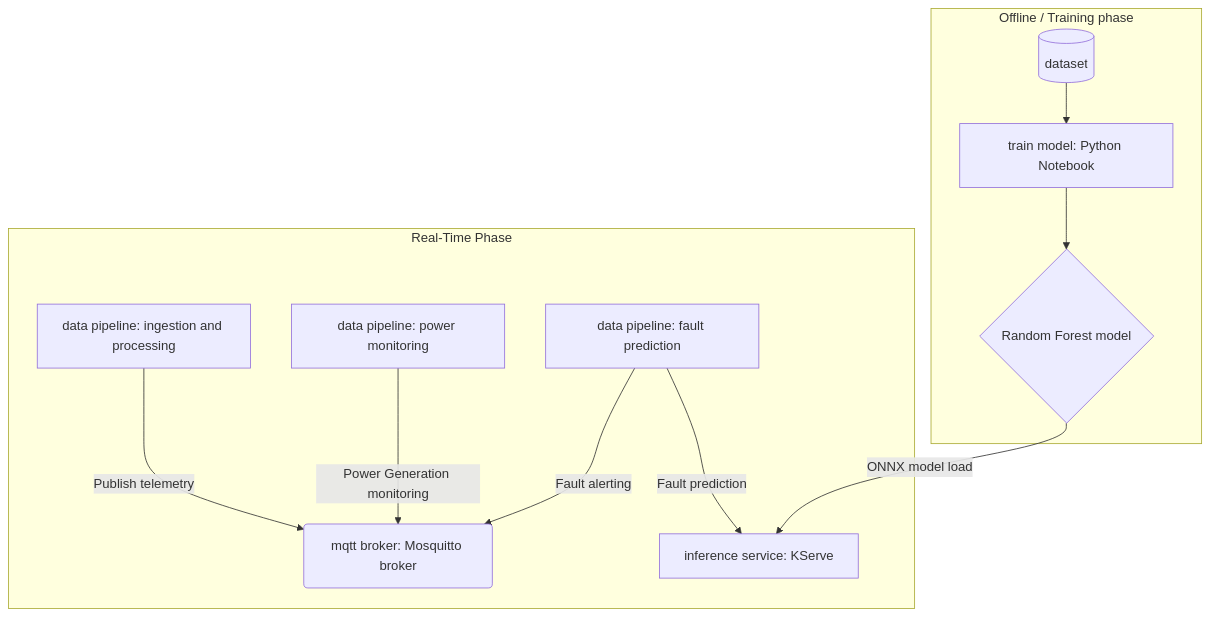
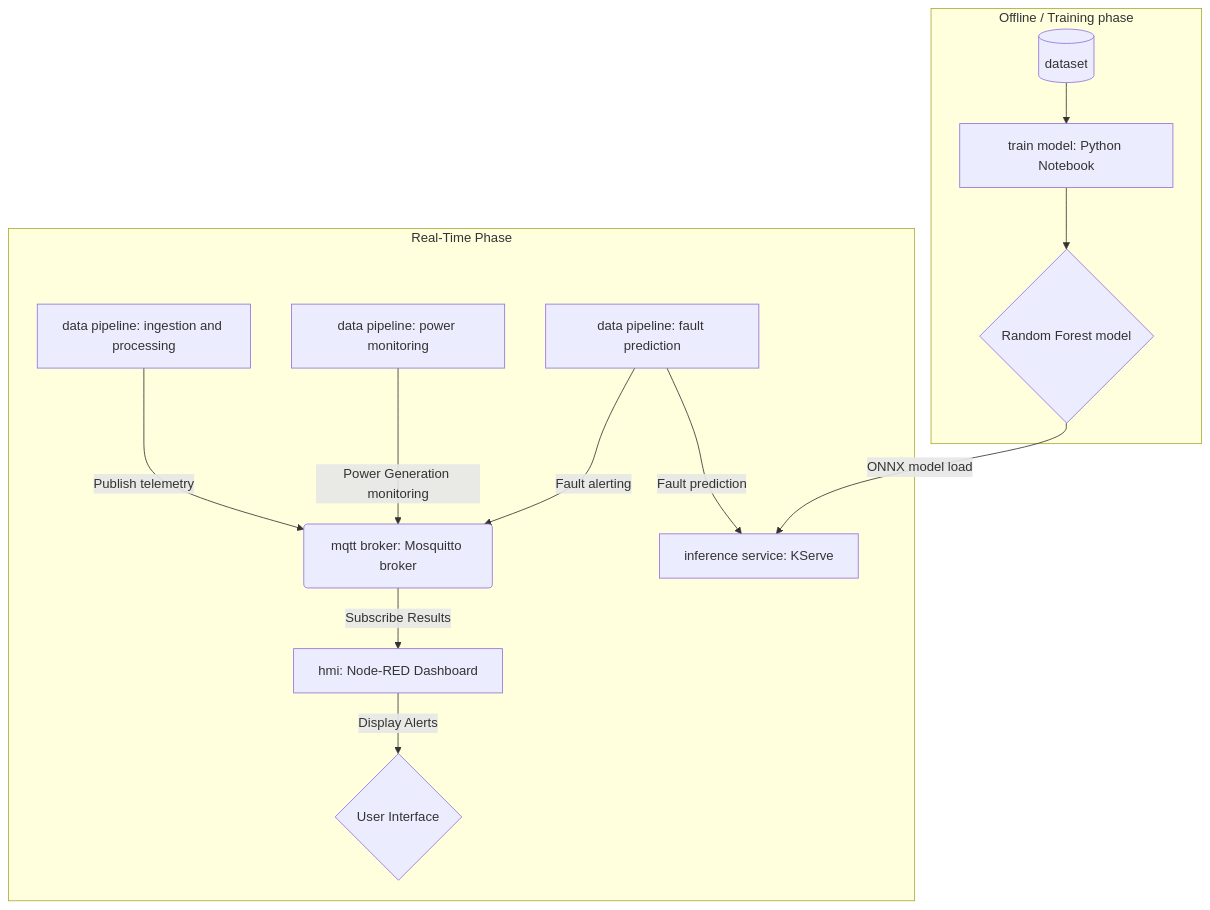
The diagram in README.md (lucamaf/edge-windguard), drawn with Mermaid before and after one commit. The commit also changed other lines of this file, not shown here.

Commit message:
added hmi doc

````diff
--- a/README.md
+++ b/README.md
@@ -14,15 +15,17 @@
 ```mermaid
 graph TD
     subgraph "Offline / Training phase"
         A[(dataset)] --> B[train model: Python Notebook]
         B --> C{Random Forest model}
     end
 
     subgraph "Real-Time Phase"
         C -- "ONNX model load" --> D[inference service: KServe]
         E[data pipeline: ingestion and processing] -- "Publish telemetry" --> F(mqtt broker: Mosquitto broker)
         H[data pipeline: power monitoring] -- "Power Generation monitoring" --> F(mqtt broker: Mosquitto broker)
         I[data pipeline: fault prediction] -- "Fault prediction" --> D[inference service: KServe]
         I[data pipeline: fault prediction] -- "Fault alerting" --> F(mqtt broker: Mosquitto broker)
+        F -- "Subscribe Results" --> L[hmi: Node-RED Dashboard]
+        L -- "Display Alerts" --> M{User Interface}
     end
 ```
````
